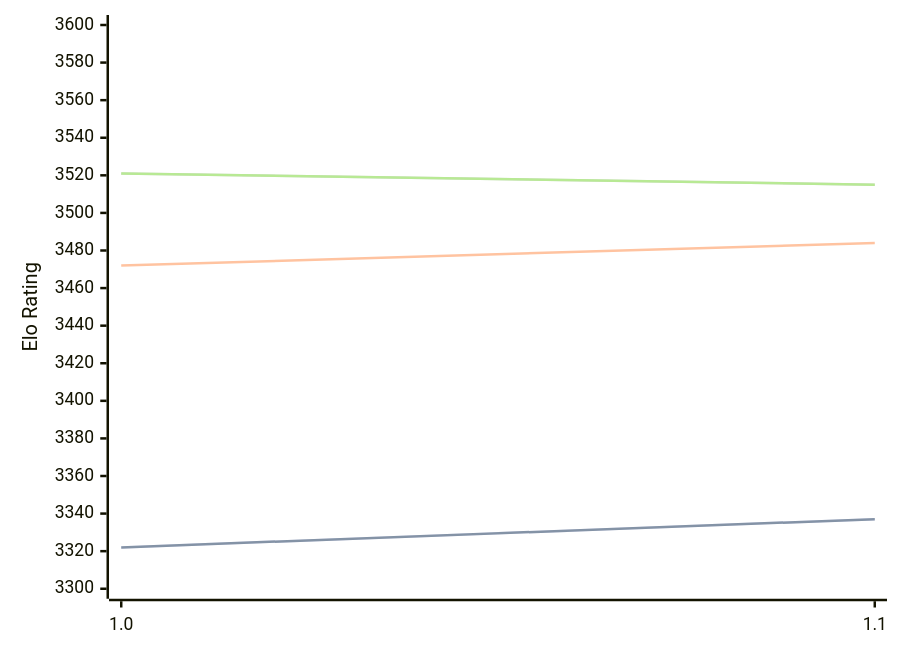
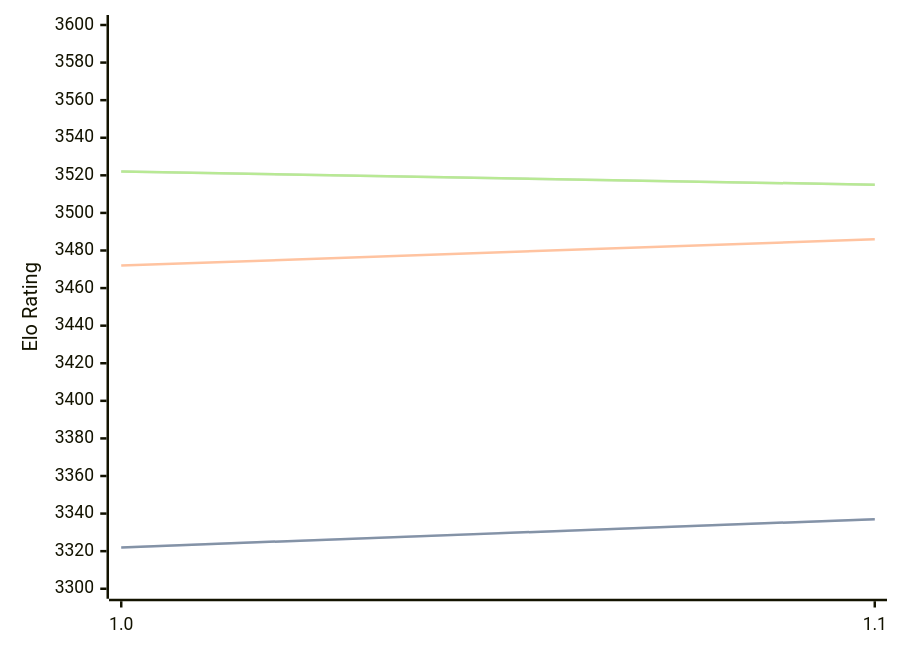
The diagram in engines/Horsie.md (computer-chess-index/cci), drawn with Mermaid before and after one commit. The commit also changed other lines of this file, not shown here.

Commit message:
Update CCI Ratings (ELO VLTC) - 2026-07-20

````diff
--- a/engines/Horsie.md
+++ b/engines/Horsie.md
@@ -32,11 +32,11 @@
 ```mermaid
 %%{init: {"theme":"base","themeVariables":{"seriesColors:['#a3a3a3','#222221','#faa371']}}}%%
 xychart-beta
   x-axis ["1.0", "1.1"]
   y-axis "Elo Rating" 3300 --> 3600
   line "STC (8.0+0.08s)" [3322, 3337]
   line "STC (8.0+0.08s)" [3322, 3337]
-  line "LTC (60.0+0.60s)" [3472, 3484]
-  line "VLTC (2m24s+1.12s)" [3521, 3515]
-  line "VLTC (2m24s+1.12s)" [3521, 3515]
+  line "LTC (60.0+0.60s)" [3472, 3486]
+  line "VLTC (2m24s+1.12s)" [3522, 3515]
+  line "VLTC (2m24s+1.12s)" [3522, 3515]
 ```
````
